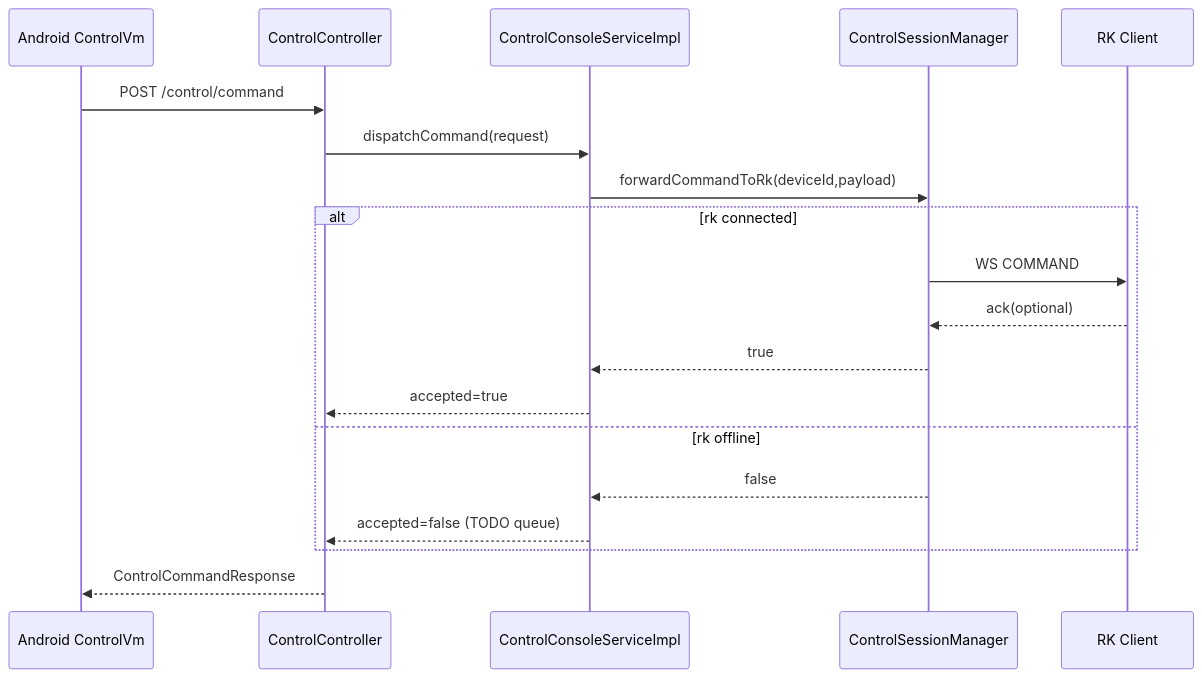
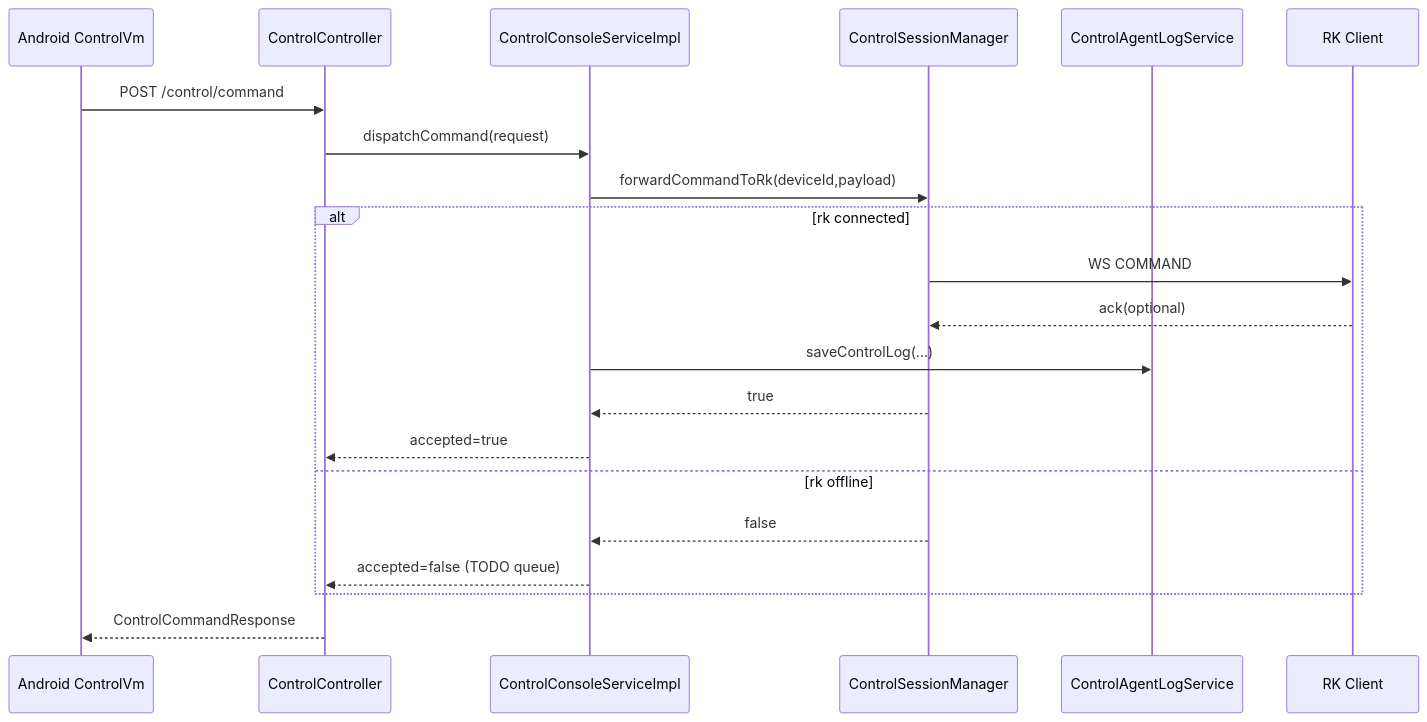
Diagram 31 of 42 in springboot/docs/SpringBootDesignDocument.md (nangong918/magic-vector), drawn with Mermaid before and after one commit. The commit also changed other lines of this file and 4 other files, not shown here.

````diff
--- a/springboot/docs/SpringBootDesignDocument.md
+++ b/springboot/docs/SpringBootDesignDocument.md
@@ -681,21 +689,23 @@
 ```mermaid
 sequenceDiagram
     participant App as Android ControlVm
     participant Ctl as ControlController
     participant Svc as ControlConsoleServiceImpl
     participant Mgr as ControlSessionManager
+    participant LogSvc as ControlAgentLogService
     participant Rk as RK Client
     App->>Ctl: POST /control/command
     Ctl->>Svc: dispatchCommand(request)
     Svc->>Mgr: forwardCommandToRk(deviceId,payload)
     alt rk connected
       Mgr->>Rk: WS COMMAND
       Rk-->>Mgr: ack(optional)
+      Svc->>LogSvc: saveControlLog(...)
       Mgr-->>Svc: true
       Svc-->>Ctl: accepted=true
     else rk offline
       Mgr-->>Svc: false
       Svc-->>Ctl: accepted=false (TODO queue)
     end
     Ctl-->>App: ControlCommandResponse
 ```
````
